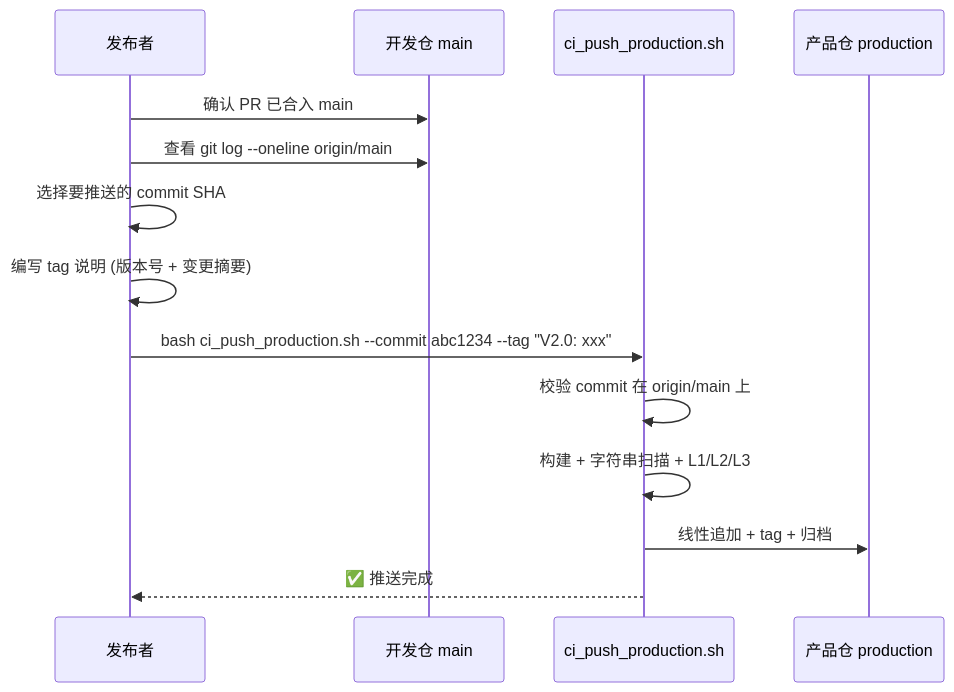
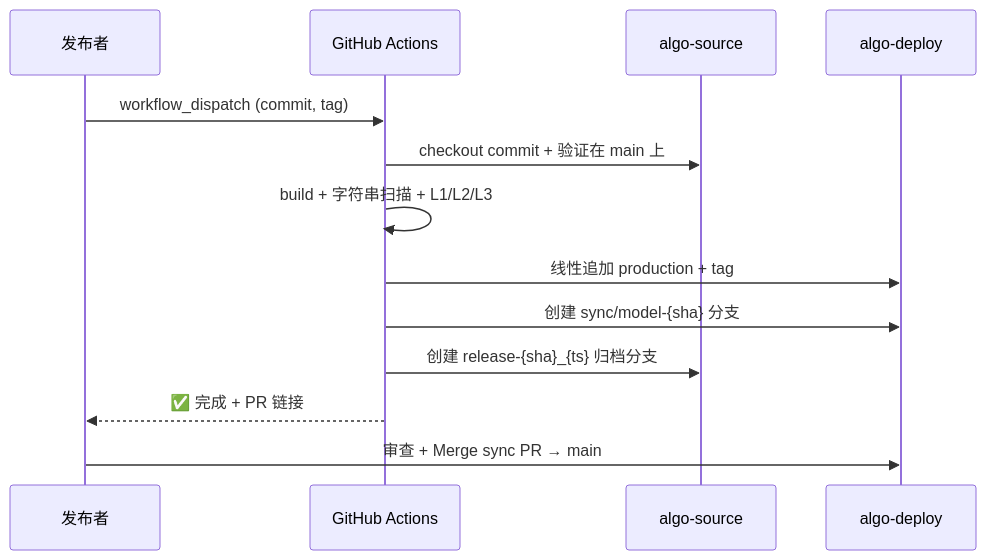
One commit to Xubenbenn/algo-source changed the second of 2 diagrams in docs/development-workflow.md. Above: the diagram before and after it, drawn with Mermaid. The commit also changed other lines of this file and 1 other file, not shown here.

Commit message:
docs: 仓库管理设计文档v3.0 + 多用户开发合入流程(含GA+sync PR)

````diff
--- a/docs/development-workflow.md
+++ b/docs/development-workflow.md
@@ -133,18 +59,16 @@
 ```mermaid
 sequenceDiagram
     participant Pub as 发布者
-    participant Src as 开发仓 main
-    participant CI as ci_push_production.sh
-    participant Dep as 产品仓 production
+    participant GA as GitHub Actions
+    participant Src as algo-source
+    participant Dep as algo-deploy
 
-    Pub->>Src: 确认 PR 已合入 main
-    Pub->>Src: 查看 git log --oneline origin/main
-    Pub->>Pub: 选择要推送的 commit SHA
-    Pub->>Pub: 编写 tag 说明 (版本号 + 变更摘要)
-
-    Pub->>CI: bash ci_push_production.sh --commit abc1234 --tag "V2.0: xxx"
-    CI->>CI: 校验 commit 在 origin/main 上
-    CI->>CI: 构建 + 字符串扫描 + L1/L2/L3
-    CI->>Dep: 线性追加 + tag + 归档
-    CI-->>Pub: ✅ 推送完成
+    Pub->>GA: workflow_dispatch (commit, tag)
+    GA->>Src: checkout commit + 验证在 main 上
+    GA->>GA: build + 字符串扫描 + L1/L2/L3
+    GA->>Dep: 线性追加 production + tag
+    GA->>Dep: 创建 sync/model-{sha} 分支
+    GA->>Src: 创建 release-{sha}_{ts} 归档分支
+    GA-->>Pub: ✅ 完成 + PR 链接
+    Pub->>Dep: 审查 + Merge sync PR → main
 ```
````
